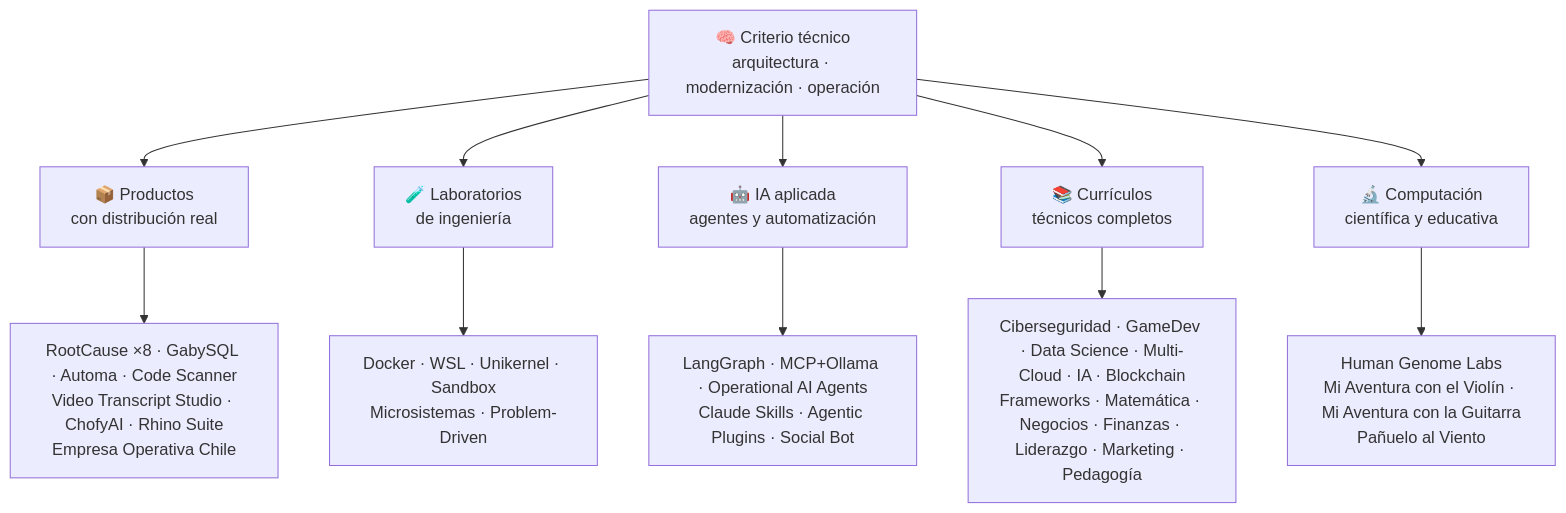
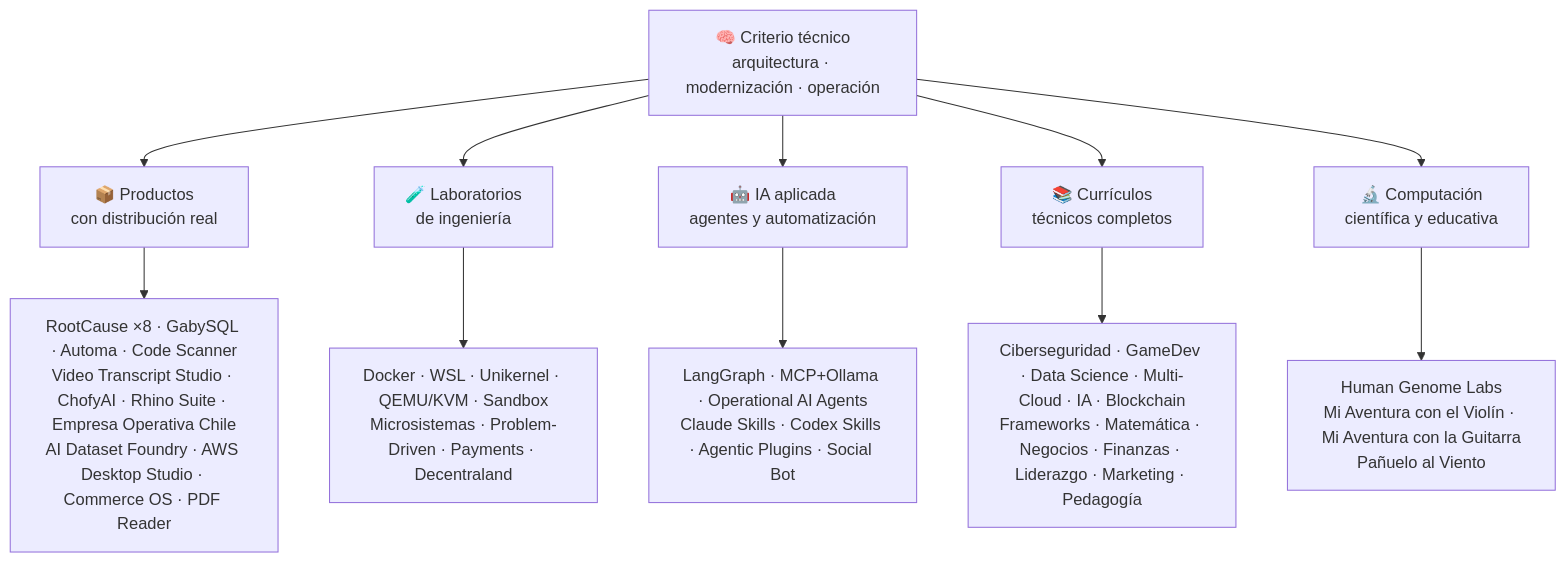
Before and after one commit to vladimiracunadev-create/vladimiracunadev-create: the diagram in README.md, drawn with Mermaid. The commit also changed other lines of this file and 1 other file, not shown here.

````diff
--- a/README.md
+++ b/README.md
@@ -74,14 +74,14 @@
 ```mermaid
 flowchart TD
     A["🧠 Criterio técnico<br/>arquitectura · modernización · operación"] --> B["📦 Productos<br/>con distribución real"]
     A --> C["🧪 Laboratorios<br/>de ingeniería"]
     A --> D["🤖 IA aplicada<br/>agentes y automatización"]
     A --> E["📚 Currículos<br/>técnicos completos"]
     A --> F["🔬 Computación<br/>científica y educativa"]
 
-    B --> B1["RootCause ×8 · GabySQL · Automa · Code Scanner<br/>Video Transcript Studio · ChofyAI · Rhino Suite<br/>Empresa Operativa Chile"]
-    C --> C1["Docker · WSL · Unikernel · Sandbox<br/>Microsistemas · Problem-Driven"]
-    D --> D1["LangGraph · MCP+Ollama · Operational AI Agents<br/>Claude Skills · Agentic Plugins · Social Bot"]
+    B --> B1["RootCause ×8 · GabySQL · Automa · Code Scanner<br/>Video Transcript Studio · ChofyAI · Rhino Suite · Empresa Operativa Chile<br/>AI Dataset Foundry · AWS Desktop Studio · Commerce OS · PDF Reader"]
+    C --> C1["Docker · WSL · Unikernel · QEMU/KVM · Sandbox<br/>Microsistemas · Problem-Driven · Payments · Decentraland"]
+    D --> D1["LangGraph · MCP+Ollama · Operational AI Agents<br/>Claude Skills · Codex Skills · Agentic Plugins · Social Bot"]
     E --> E1["Ciberseguridad · GameDev · Data Science · Multi-Cloud · IA · Blockchain<br/>Frameworks · Matemática · Negocios · Finanzas · Liderazgo · Marketing · Pedagogía"]
     F --> F1["Human Genome Labs<br/>Mi Aventura con el Violín · Mi Aventura con la Guitarra<br/>Pañuelo al Viento"]
 ```
````
